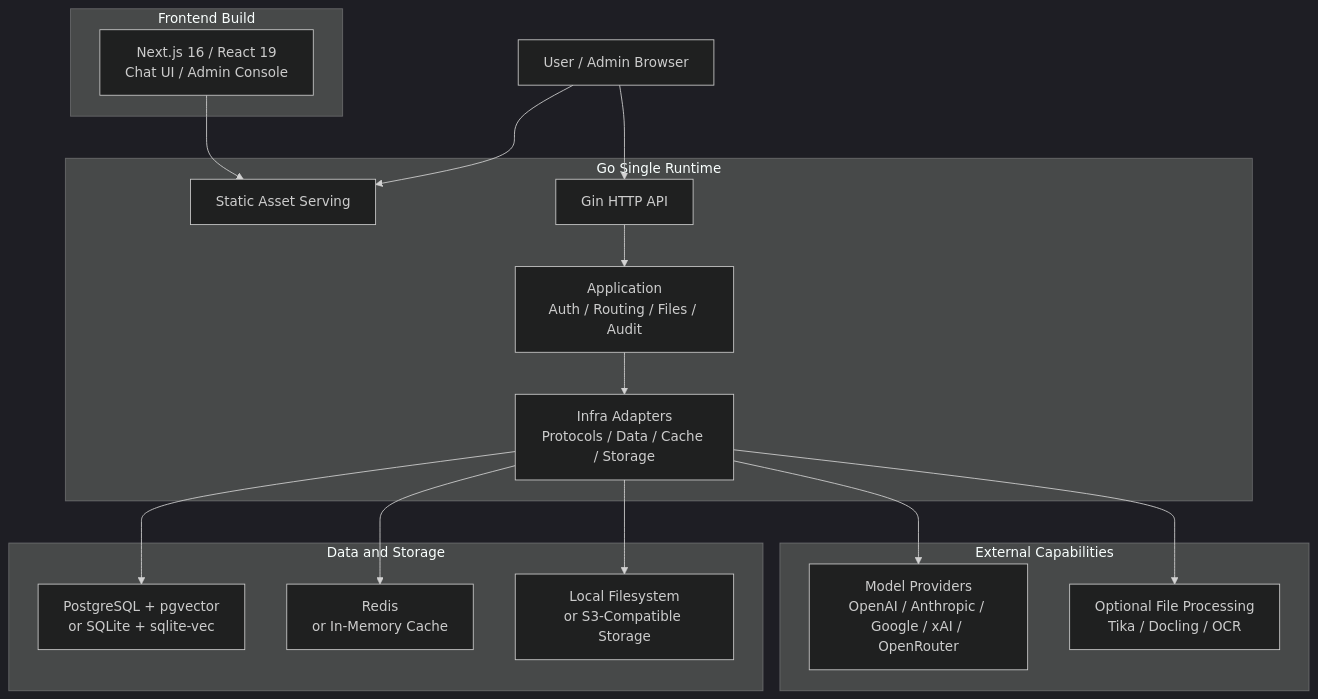
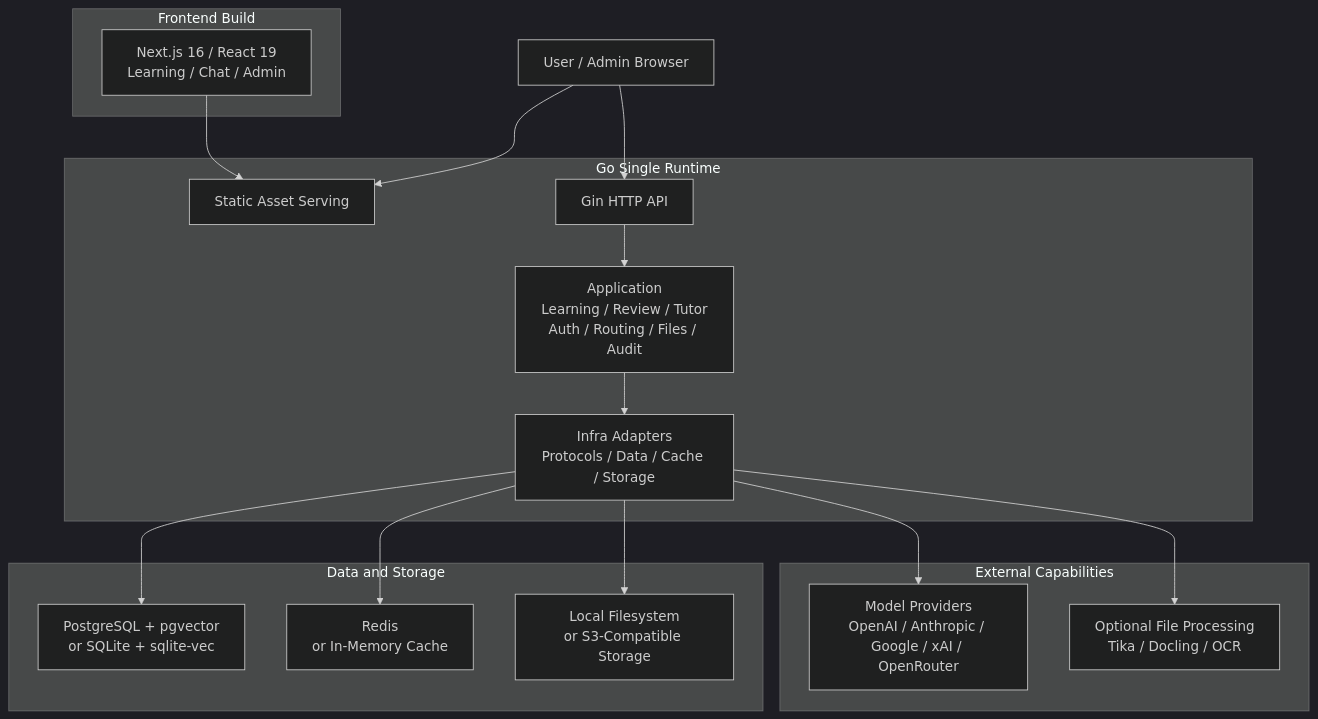
One commit to WangXingFan/CourseMate changed the diagram in README.md. Above: the diagram before and after it, drawn with Mermaid (dark theme). The commit also changed other lines of this file and 2 other files, not shown here.

Commit message:
docs: refresh CourseMate learning overview and contributor

````diff
--- a/README.md
+++ b/README.md
@@ -62,37 +73,37 @@
 ```mermaid
 flowchart TB
   Browser["User / Admin Browser"]
 
   subgraph Frontend["Frontend Build"]
-    Web["Next.js 16 / React 19<br/>Chat UI / Admin Console"]
+    Web["Next.js 16 / React 19<br/>Learning / Chat / Admin"]
   end
 
   subgraph Backend["Go Single Runtime"]
     Static["Static Asset Serving"]
     HTTP["Gin HTTP API"]
-    App["Application<br/>Auth / Routing / Files / Audit"]
+    App["Application<br/>Learning / Review / Tutor<br/>Auth / Routing / Files / Audit"]
     Infra["Infra Adapters<br/>Protocols / Data / Cache / Storage"]
   end
 
   subgraph External["External Capabilities"]
     Providers["Model Providers<br/>OpenAI / Anthropic / Google / xAI / OpenRouter"]
     Extractors["Optional File Processing<br/>Tika / Docling / OCR"]
   end
 
   subgraph Data["Data and Storage"]
     DB["PostgreSQL + pgvector<br/>or SQLite + sqlite-vec"]
     Cache["Redis<br/>or In-Memory Cache"]
     Storage["Local Filesystem<br/>or S3-Compatible Storage"]
   end
 
   Web --> Static
   Browser --> Static
   Browser --> HTTP
   HTTP --> App
   App --> Infra
   Infra --> Providers
   Infra --> Extractors
   Infra --> DB
   Infra --> Cache
   Infra --> Storage
 ```
````
